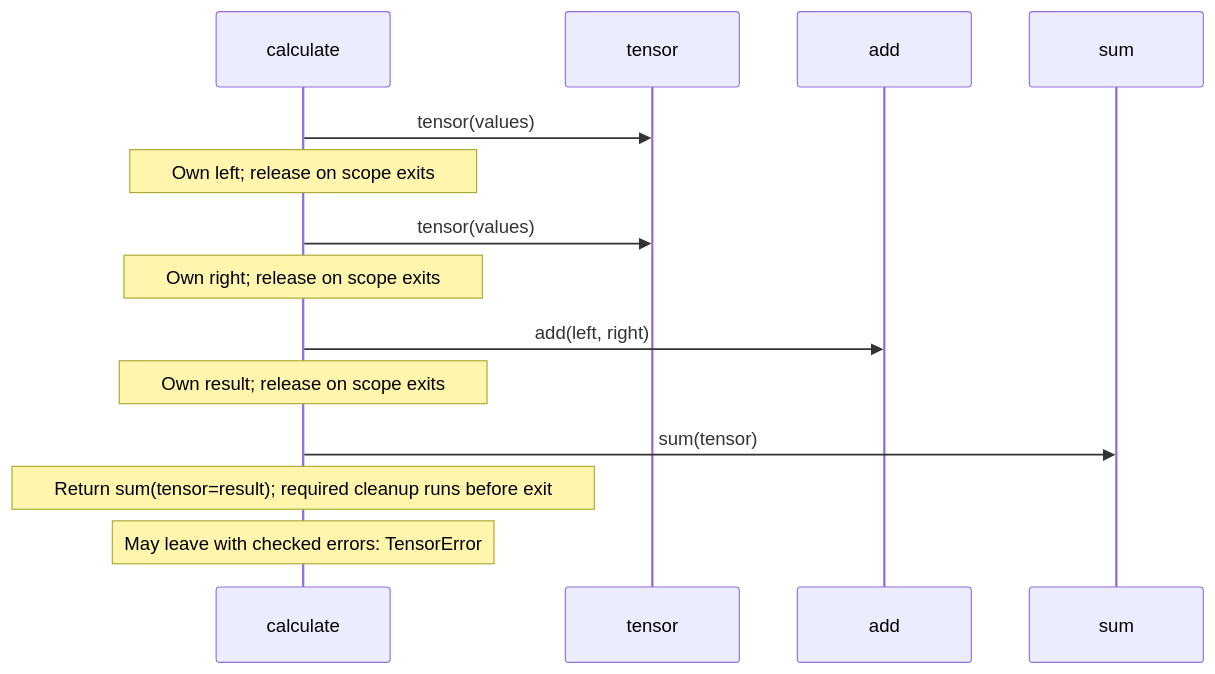
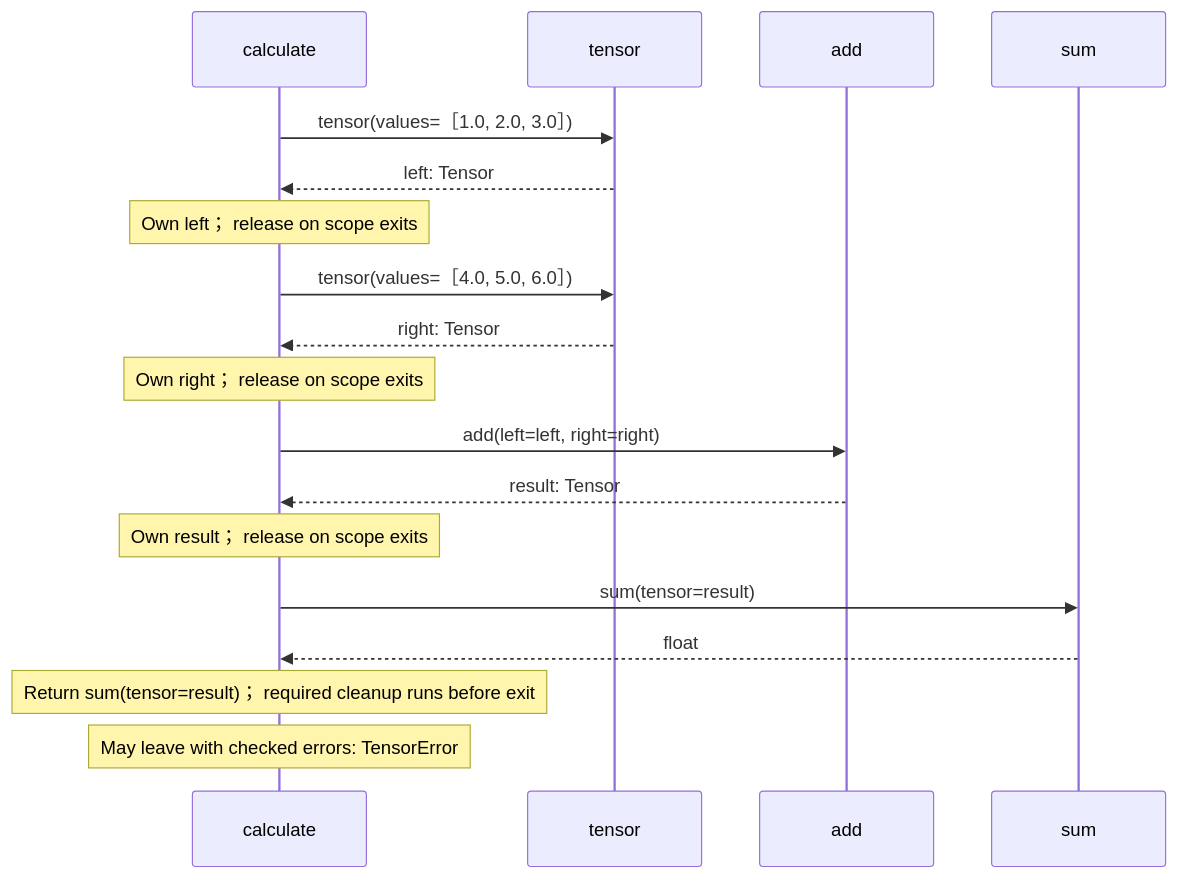
The second of 2 diagrams in docs/examples/native-pytorch/tensors-diagrams.md (GreenPandaStudios/augscript), drawn with Mermaid before and after one commit. The commit also changed other lines of this file and 524 other files, not shown here.

Commit message:
Explain checked data flow at folder and service levels

````diff
--- a/docs/examples/native-pytorch/tensors-diagrams.md
+++ b/docs/examples/native-pytorch/tensors-diagrams.md
@@ -51,16 +50,20 @@
 ```mermaid
 sequenceDiagram
     participant p0 as calculate
     participant p1 as tensor
     participant p2 as add
     participant p3 as sum
-    p0->>p1: tensor(values)
-    Note over p0: Own left#59; release on scope exits
-    p0->>p1: tensor(values)
-    Note over p0: Own right#59; release on scope exits
-    p0->>p2: add(left, right)
-    Note over p0: Own result#59; release on scope exits
-    p0->>p3: sum(tensor)
-    Note over p0: Return sum(tensor=result)#59; required cleanup runs before exit
+    p0->>p1: tensor(values=［1.0, 2.0, 3.0］)
+    p1-->>p0: left: Tensor
+    Note over p0: Own left； release on scope exits
+    p0->>p1: tensor(values=［4.0, 5.0, 6.0］)
+    p1-->>p0: right: Tensor
+    Note over p0: Own right； release on scope exits
+    p0->>p2: add(left=left, right=right)
+    p2-->>p0: result: Tensor
+    Note over p0: Own result； release on scope exits
+    p0->>p3: sum(tensor=result)
+    p3-->>p0: float
+    Note over p0: Return sum(tensor=result)； required cleanup runs before exit
     Note over p0: May leave with checked errors: TensorError
 ```
````
